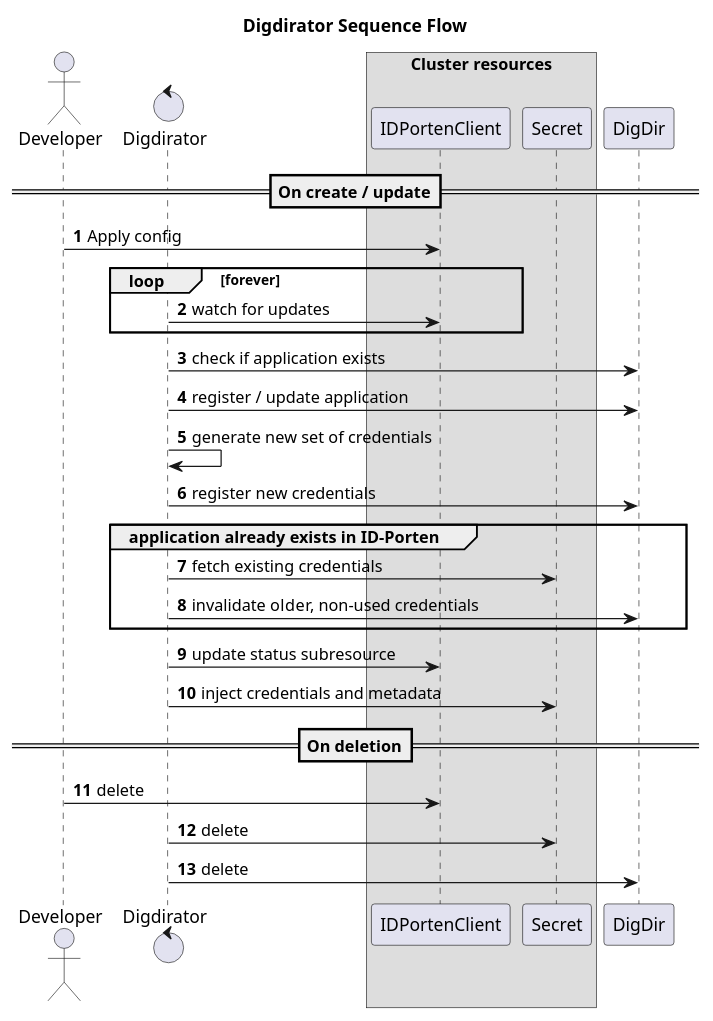
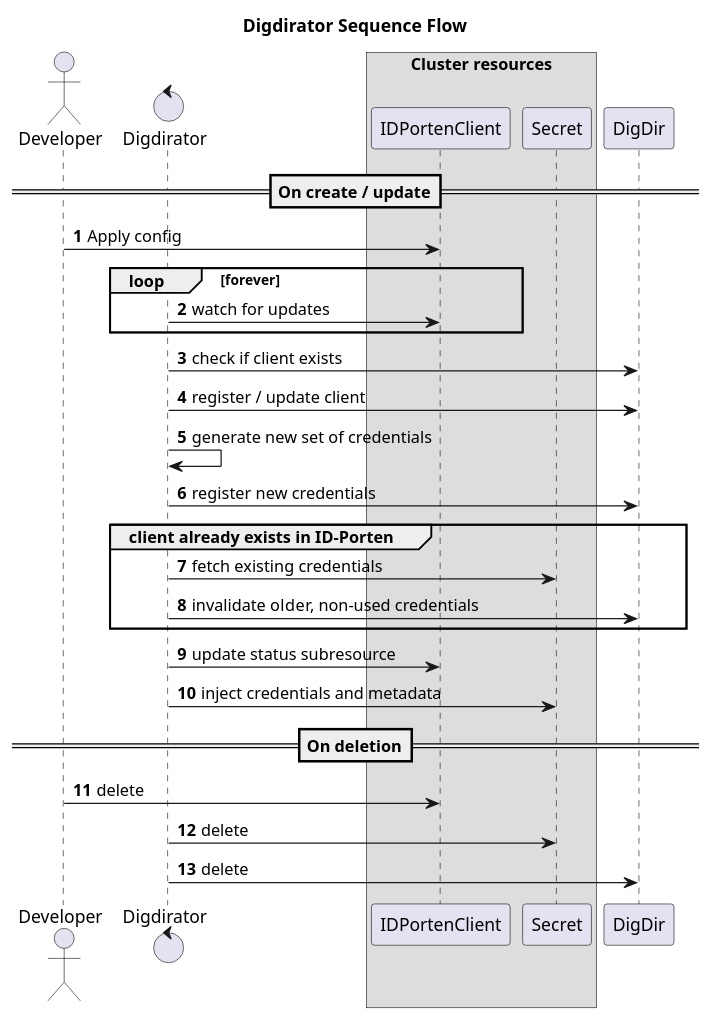
One commit to nais/digdirator changed the diagram in docs/sequence.puml. Above: the diagram before and after it, drawn with PlantUML. The commit also changed 6 other files, not shown here.

```diff
--- a/docs/sequence.puml
+++ b/docs/sequence.puml
@@ -1,41 +1,41 @@
 @startuml component
 title Digdirator Sequence Flow
 skinparam maxMessageSize 300
 autonumber
 
 actor developer as "Developer"
 control digdirator as "Digdirator"
 
 box "Cluster resources"
 participant IDPortenClient
 participant Secret
 end box
 
 participant digdir as "DigDir"
 
 ==On create / update==
 developer -> IDPortenClient: Apply config
 
 loop forever
 	digdirator -> IDPortenClient: watch for updates
 end
 
-digdirator -> digdir: check if application exists
-digdirator -> digdir: register / update application
+digdirator -> digdir: check if client exists
+digdirator -> digdir: register / update client
 digdirator -> digdirator: generate new set of credentials
 digdirator -> digdir: register new credentials
 
-group application already exists in ID-Porten
+group client already exists in ID-Porten
     digdirator -> Secret: fetch existing credentials
     digdirator -> digdir: invalidate older, non-used credentials
 end
 
 digdirator -> IDPortenClient: update status subresource
 digdirator -> Secret: inject credentials and metadata
 
 ==On deletion==
     developer -> IDPortenClient: delete
     digdirator -> Secret: delete
     digdirator -> digdir: delete
 
 @enduml
```
